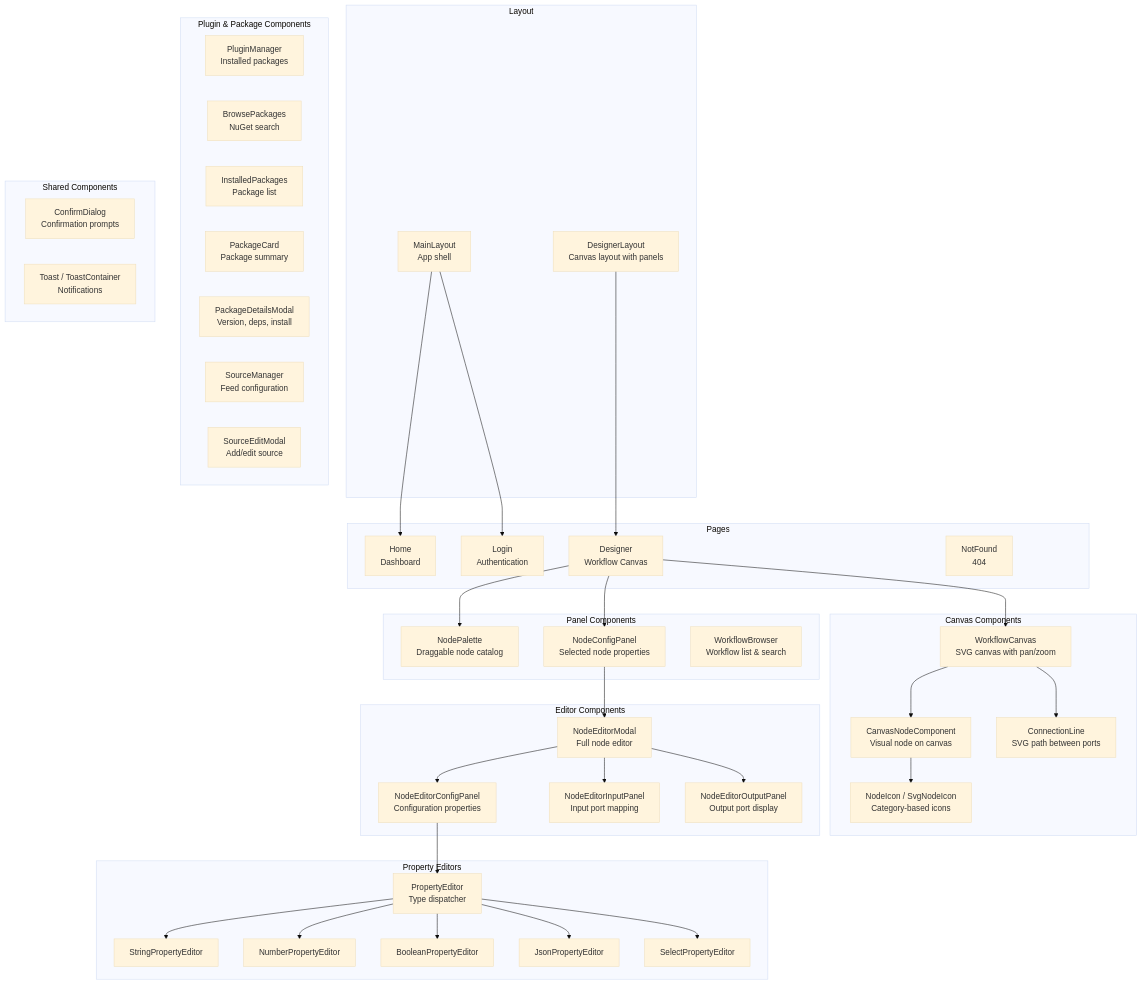
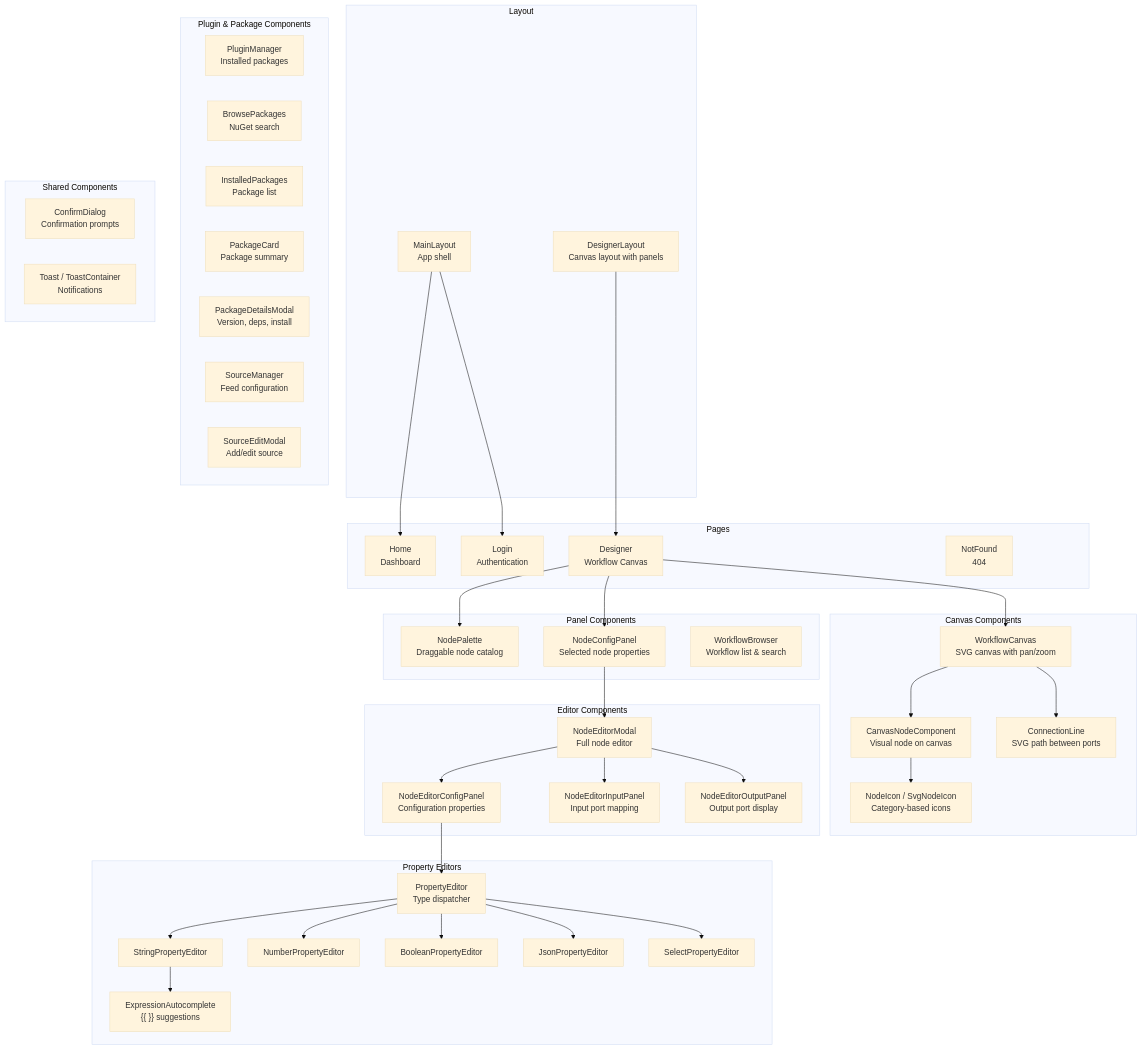
The first of 3 diagrams in docs/09-designer.md (homolibere/Vyshyvanka), drawn with Mermaid (base theme) before and after one commit. The commit also changed other lines of this file and 14 other files, not shown here.

Commit message:
feat(expression-autocomplete): add contextual autocomplete for {{ }} expressions

````diff
--- a/docs/09-designer.md
+++ b/docs/09-designer.md
@@ -9,78 +9,80 @@
 ```mermaid
 flowchart TD
     subgraph "Pages"
         Home["Home<br/>Dashboard"]
         Login["Login<br/>Authentication"]
         DesignerPage["Designer<br/>Workflow Canvas"]
         NotFound["NotFound<br/>404"]
     end
 
     subgraph "Layout"
         MainLayout["MainLayout<br/>App shell"]
         DesignerLayout["DesignerLayout<br/>Canvas layout with panels"]
     end
 
     subgraph "Canvas Components"
         WorkflowCanvas["WorkflowCanvas<br/>SVG canvas with pan/zoom"]
         CanvasNode["CanvasNodeComponent<br/>Visual node on canvas"]
         ConnectionLine["ConnectionLine<br/>SVG path between ports"]
         NodeIcon["NodeIcon / SvgNodeIcon<br/>Category-based icons"]
     end
 
     subgraph "Panel Components"
         NodePalette["NodePalette<br/>Draggable node catalog"]
         NodeConfigPanel["NodeConfigPanel<br/>Selected node properties"]
         WorkflowBrowser["WorkflowBrowser<br/>Workflow list & search"]
     end
 
     subgraph "Editor Components"
         NodeEditorModal["NodeEditorModal<br/>Full node editor"]
         ConfigPanel["NodeEditorConfigPanel<br/>Configuration properties"]
         InputPanel["NodeEditorInputPanel<br/>Input port mapping"]
         OutputPanel["NodeEditorOutputPanel<br/>Output port display"]
     end
 
     subgraph "Property Editors"
         StringEditor["StringPropertyEditor"]
         NumberEditor["NumberPropertyEditor"]
         BooleanEditor["BooleanPropertyEditor"]
         JsonEditor["JsonPropertyEditor"]
         SelectEditor["SelectPropertyEditor"]
+        ExprAutocomplete["ExpressionAutocomplete<br/>{{ }} suggestions"]
         PropertyEditor["PropertyEditor<br/>Type dispatcher"]
     end
 
     subgraph "Plugin & Package Components"
         PluginManager["PluginManager<br/>Installed packages"]
         BrowsePackages["BrowsePackages<br/>NuGet search"]
         InstalledPackages["InstalledPackages<br/>Package list"]
         PackageCard["PackageCard<br/>Package summary"]
         PackageDetailsModal["PackageDetailsModal<br/>Version, deps, install"]
         SourceManager["SourceManager<br/>Feed configuration"]
         SourceEditModal["SourceEditModal<br/>Add/edit source"]
     end
 
     subgraph "Shared Components"
         ConfirmDialog["ConfirmDialog<br/>Confirmation prompts"]
         Toast["Toast / ToastContainer<br/>Notifications"]
     end
 
     MainLayout --> Home
     MainLayout --> Login
     DesignerLayout --> DesignerPage
     DesignerPage --> WorkflowCanvas
     DesignerPage --> NodePalette
     DesignerPage --> NodeConfigPanel
     WorkflowCanvas --> CanvasNode
     WorkflowCanvas --> ConnectionLine
     CanvasNode --> NodeIcon
     NodeConfigPanel --> NodeEditorModal
     NodeEditorModal --> ConfigPanel
     NodeEditorModal --> InputPanel
     NodeEditorModal --> OutputPanel
     ConfigPanel --> PropertyEditor
     PropertyEditor --> StringEditor
     PropertyEditor --> NumberEditor
     PropertyEditor --> BooleanEditor
     PropertyEditor --> JsonEditor
     PropertyEditor --> SelectEditor
+    StringEditor --> ExprAutocomplete
 ```
````
